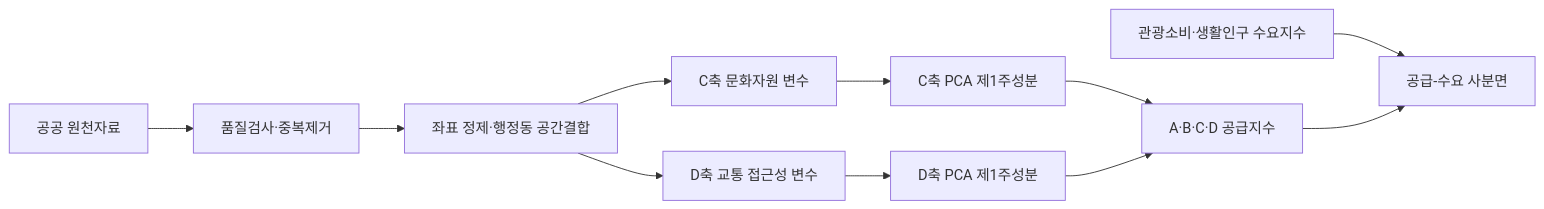
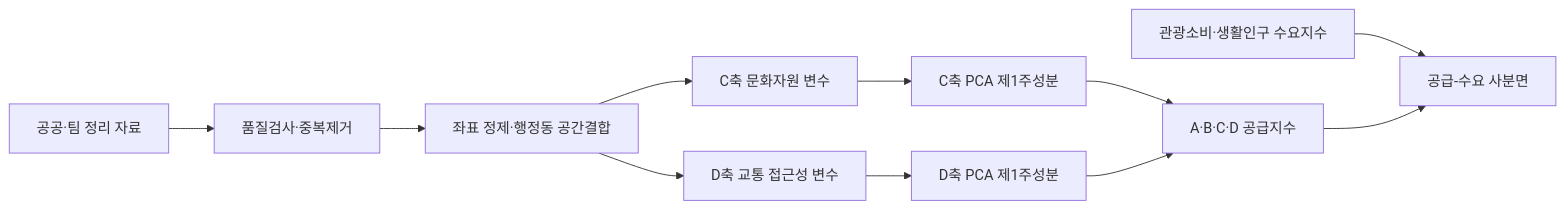
The diagram in README.md (chan12-photo/seoul-tourism-experience-index), drawn with Mermaid before and after one commit. The commit also changed other lines of this file and 2 other files, not shown here.

Commit message:
Note that D-axis hub coordinates are team-curated, not public data
The final analysis used public datasets plus team-prepared D-axis hub
coordinates. Update the README, contribution and data governance pages
so they no longer say every input was public data.

````diff
--- a/README.md
+++ b/README.md
@@ -46,13 +46,13 @@
 ```mermaid
 flowchart LR
-    R[공공 원천자료] --> Q[품질검사·중복제거]
+    R[공공·팀 정리 자료] --> Q[품질검사·중복제거]
     Q --> G[좌표 정제·행정동 공간결합]
     G --> C[C축 문화자원 변수]
     G --> D[D축 교통 접근성 변수]
     C --> CP[C축 PCA 제1주성분]
     D --> DP[D축 PCA 제1주성분]
     CP --> X[A·B·C·D 공급지수]
     DP --> X
     Y[관광소비·생활인구 수요지수] --> M[공급-수요 사분면]
     X --> M
 ```
````
